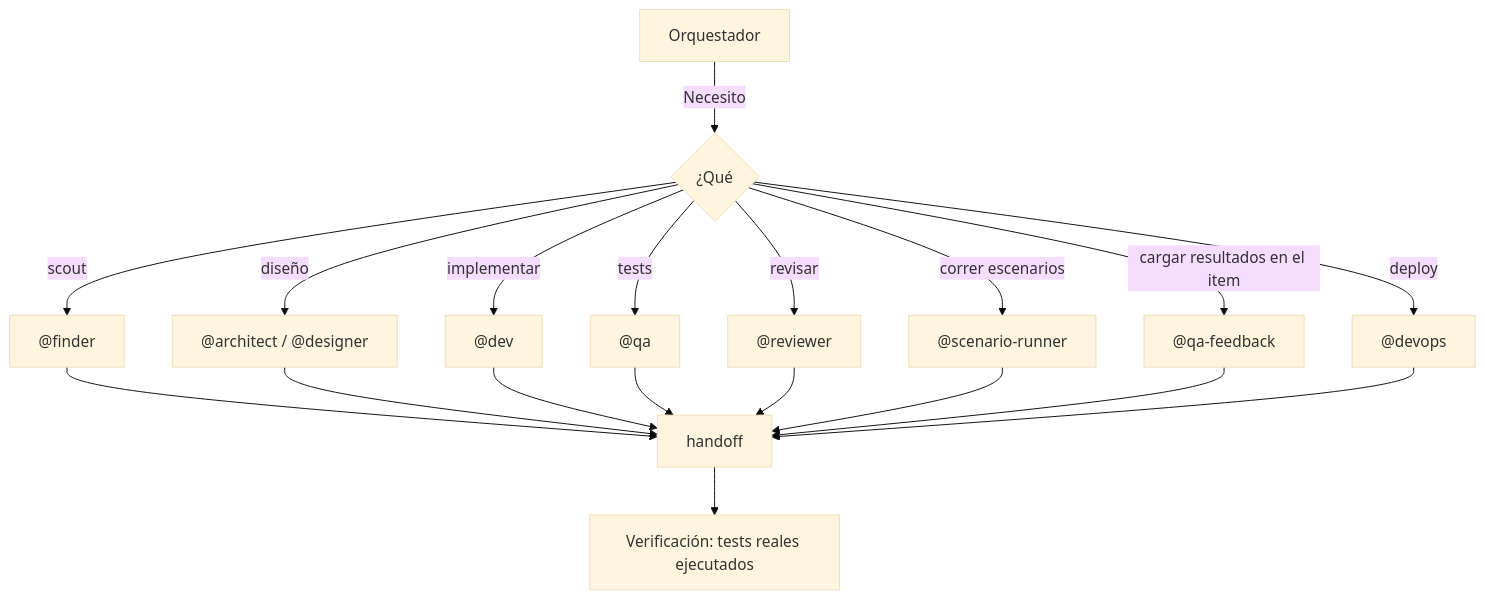
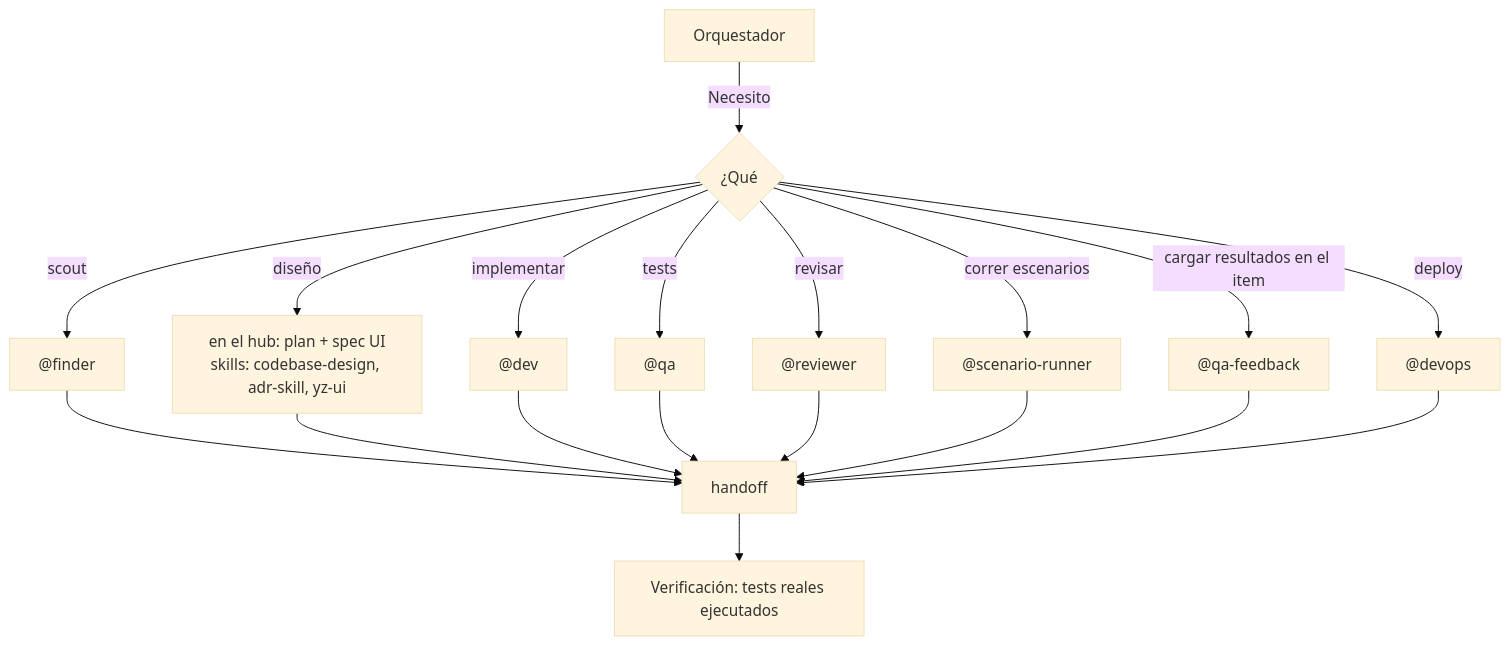
Before and after one commit to YoizenSA/dev-ai-workflow: the fourth of 5 diagrams in docs/src/content/docs/agents/orchestrator.mdx, drawn with Mermaid (base theme). The commit also changed other lines of this file and 126 other files, not shown here.

````diff
--- a/docs/src/content/docs/agents/orchestrator.mdx
+++ b/docs/src/content/docs/agents/orchestrator.mdx
@@ -118,21 +118,21 @@
 ```mermaid
 flowchart TD
     D[Orquestador] -->|Necesito| E{¿Qué}
     E -->|scout| F["@finder"]
-    E -->|diseño| G["@architect / @designer"]
+    E -->|diseño| G["en el hub: plan + spec UI\nskills: codebase-design, adr-skill, yz-ui"]
     E -->|implementar| H["@dev"]
     E -->|tests| I["@qa"]
     E -->|revisar| J["@reviewer"]
     E -->|correr escenarios| N["@scenario-runner"]
     E -->|cargar resultados en el item| P["@qa-feedback"]
     E -->|deploy| K["@devops"]
     F --> L[handoff]
     G --> L
     H --> L
     I --> L
     J --> L
     N --> L
     P --> L
     K --> L
     L --> M[Verificación: tests reales ejecutados]
 ```
````
